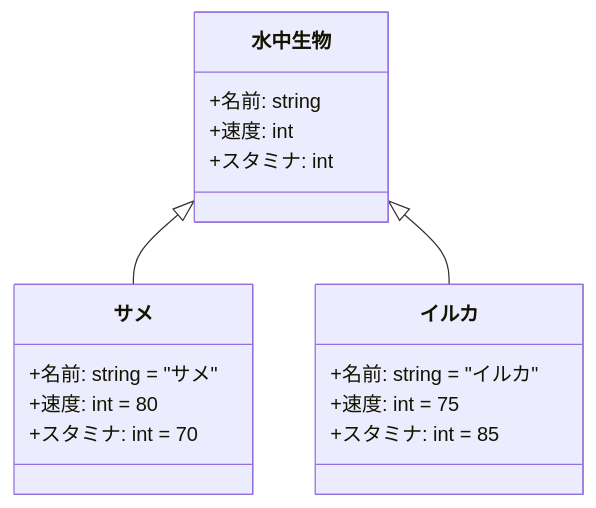
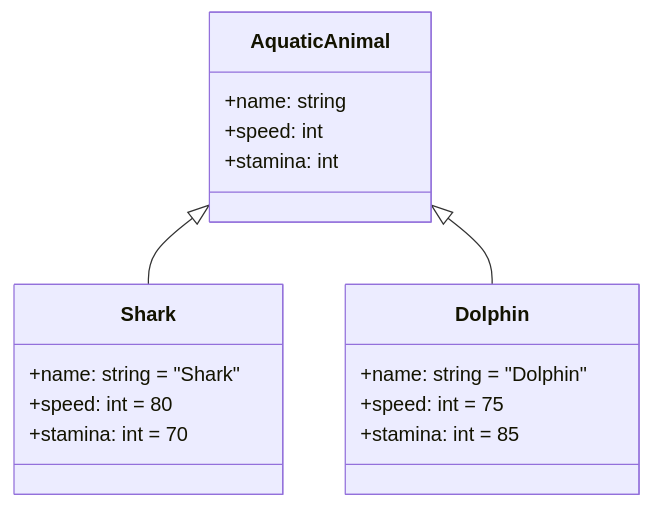
One commit to baseballyama/blog changed the second of 4 diagrams in posts/20260211-abstraction-and-generalization/en.md. Above: the diagram before and after it, drawn with Mermaid. The commit also changed other lines of this file and 3 other files, not shown here.

Commit message:
fix: translate mermaid labels in the English post (#8)

````diff
--- a/posts/20260211-abstraction-and-generalization/en.md
+++ b/posts/20260211-abstraction-and-generalization/en.md
@@ -79,20 +79,20 @@
 ```mermaid
 classDiagram
-    class 水中生物 {
-        +名前: string
-        +速度: int
-        +スタミナ: int
+    class AquaticAnimal {
+        +name: string
+        +speed: int
+        +stamina: int
     }
-    class サメ {
-        +名前: string = "サメ"
-        +速度: int = 80
-        +スタミナ: int = 70
+    class Shark {
+        +name: string = "Shark"
+        +speed: int = 80
+        +stamina: int = 70
     }
-    class イルカ {
-        +名前: string = "イルカ"
-        +速度: int = 75
-        +スタミナ: int = 85
+    class Dolphin {
+        +name: string = "Dolphin"
+        +speed: int = 75
+        +stamina: int = 85
     }
-    水中生物 <|-- サメ
-    水中生物 <|-- イルカ
+    AquaticAnimal <|-- Shark
+    AquaticAnimal <|-- Dolphin
 ```
````
